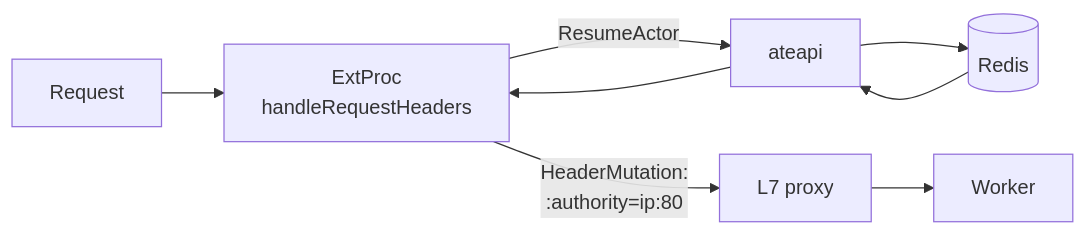
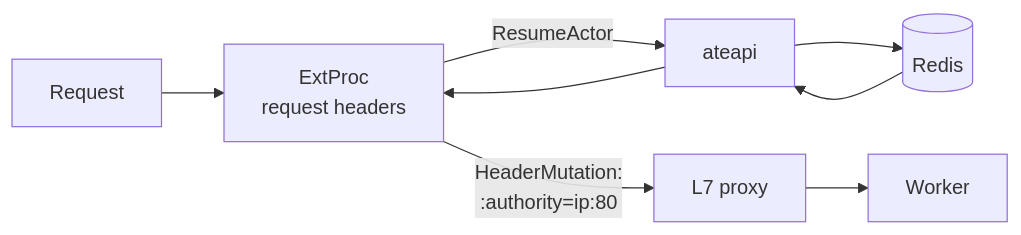
One commit to christian-posta/substrate changed the second of 2 diagrams in atlas/src/content/docs/flows/request-path.mdx. Above: the diagram before and after it, drawn with Mermaid. The commit also changed other lines of this file and 27 other files, not shown here.

````diff
--- a/atlas/src/content/docs/flows/request-path.mdx
+++ b/atlas/src/content/docs/flows/request-path.mdx
@@ -60,10 +60,10 @@
 ```mermaid
 flowchart LR
-  REQ[Request] --> EXT[ExtProc<br/>handleRequestHeaders]
+  REQ[Request] --> EXT[ExtProc<br/>request headers]
   EXT -->|ResumeActor| API[ateapi]
   API --> RED[(Redis)]
   RED --> API
   API --> EXT
   EXT -->|HeaderMutation:<br/>:authority=ip:80| ENV[L7 proxy]
   ENV --> WK[Worker]
 ```
````
